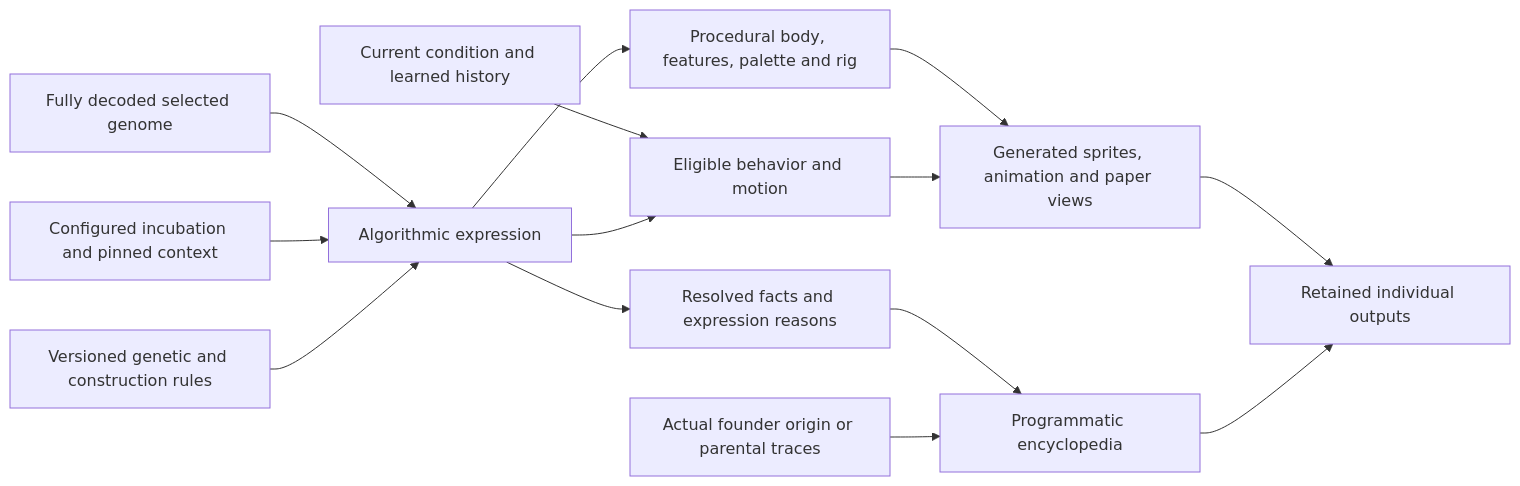
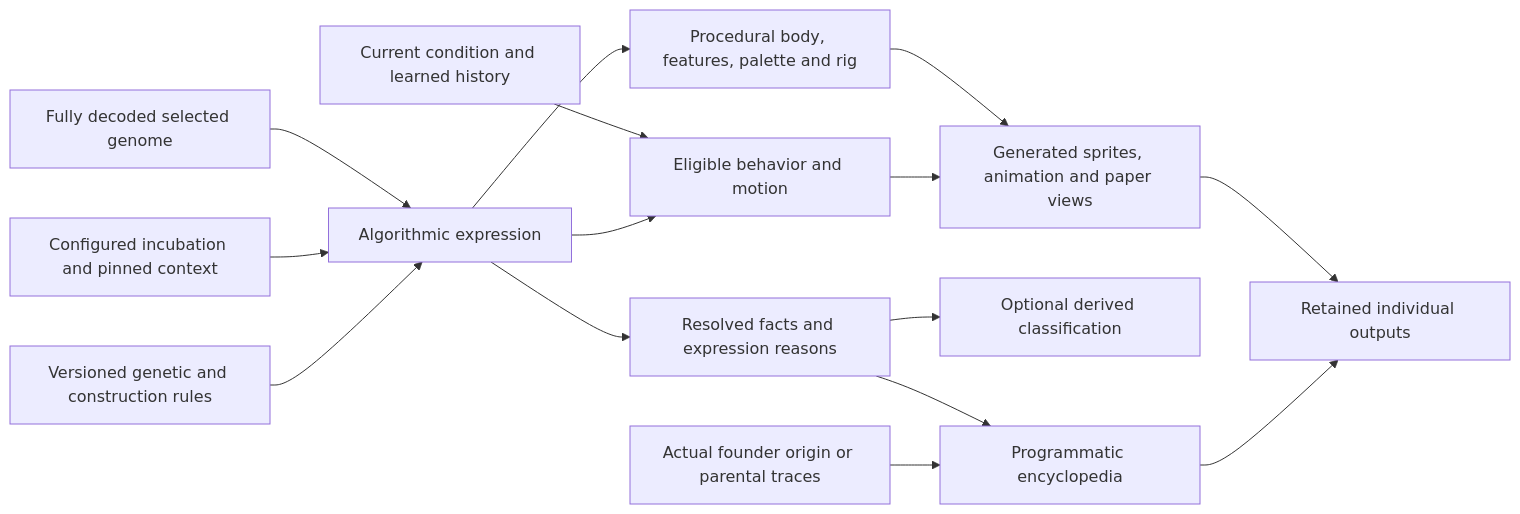
One commit to PacoCotera/critter-lab changed the second of 3 diagrams in specs/architecture.md. Above: the diagram before and after it, drawn with Mermaid. The commit also changed other lines of this file and 4 other files, not shown here.

Commit message:
Define genome-derived anatomy and emergent classification

````diff
--- a/specs/architecture.md
+++ b/specs/architecture.md
@@ -46,16 +46,17 @@
 ```mermaid
 flowchart LR
   Genome[Fully decoded selected genome] --> Express[Algorithmic expression]
   Config[Configured incubation and pinned context] --> Express
   Rules[Versioned genetic and construction rules] --> Express
   Express --> Body[Procedural body, features, palette and rig]
   Body --> Graphics[Generated sprites, animation and paper views]
   Express --> Facts[Resolved facts and expression reasons]
+  Facts --> Classify[Optional derived classification]
   Facts --> Entry[Programmatic encyclopedia]
   Origin[Actual founder origin or parental traces] --> Entry
   State[Current condition and learned history] --> Behavior[Eligible behavior and motion]
   Express --> Behavior
   Behavior --> Graphics
   Graphics --> Saved[Retained individual outputs]
   Entry --> Saved
 ```
````
